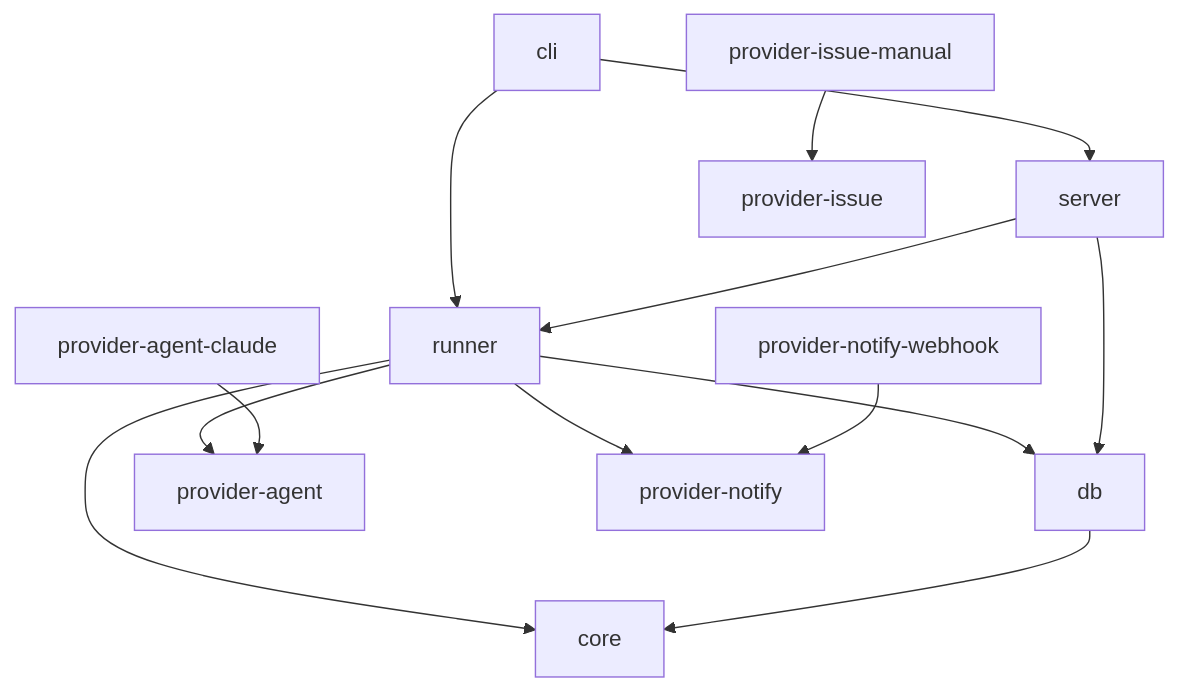
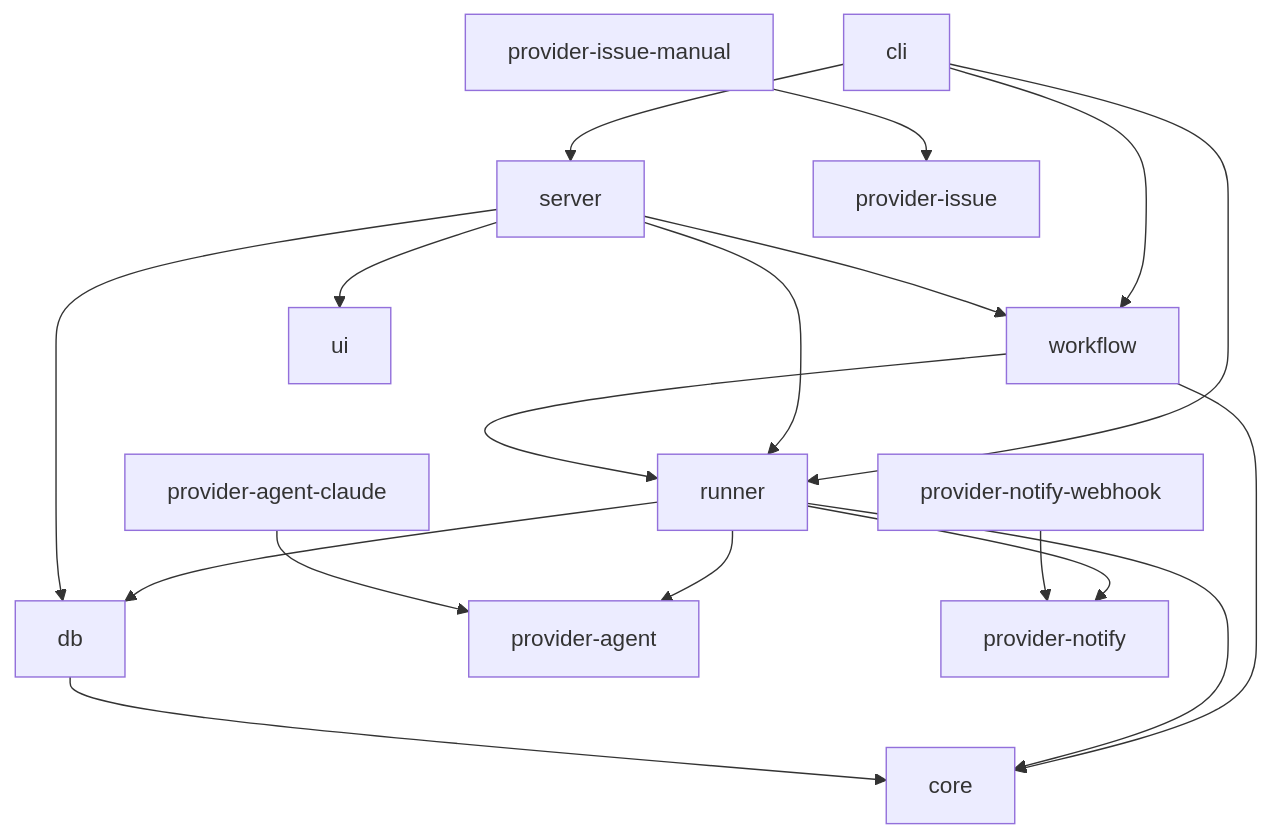
Before and after one commit to yangjieling/agent-desk: the first of 2 diagrams in docs/architecture.md, drawn with Mermaid. The commit also changed other lines of this file and 21 other files, not shown here.

````diff
--- a/docs/architecture.md
+++ b/docs/architecture.md
@@ -11,15 +11,20 @@
 ```mermaid
 flowchart TB
   cli --> server
   cli --> runner
+  cli --> workflow
   server --> runner
+  server --> workflow
+  server --> ui
+  workflow --> runner
+  workflow --> core
   runner --> core
   runner --> db
   runner --> provider-agent
   runner --> provider-notify
   server --> db
   db --> core
   provider-agent-claude --> provider-agent
   provider-issue-manual --> provider-issue
   provider-notify-webhook --> provider-notify
 ```
````
